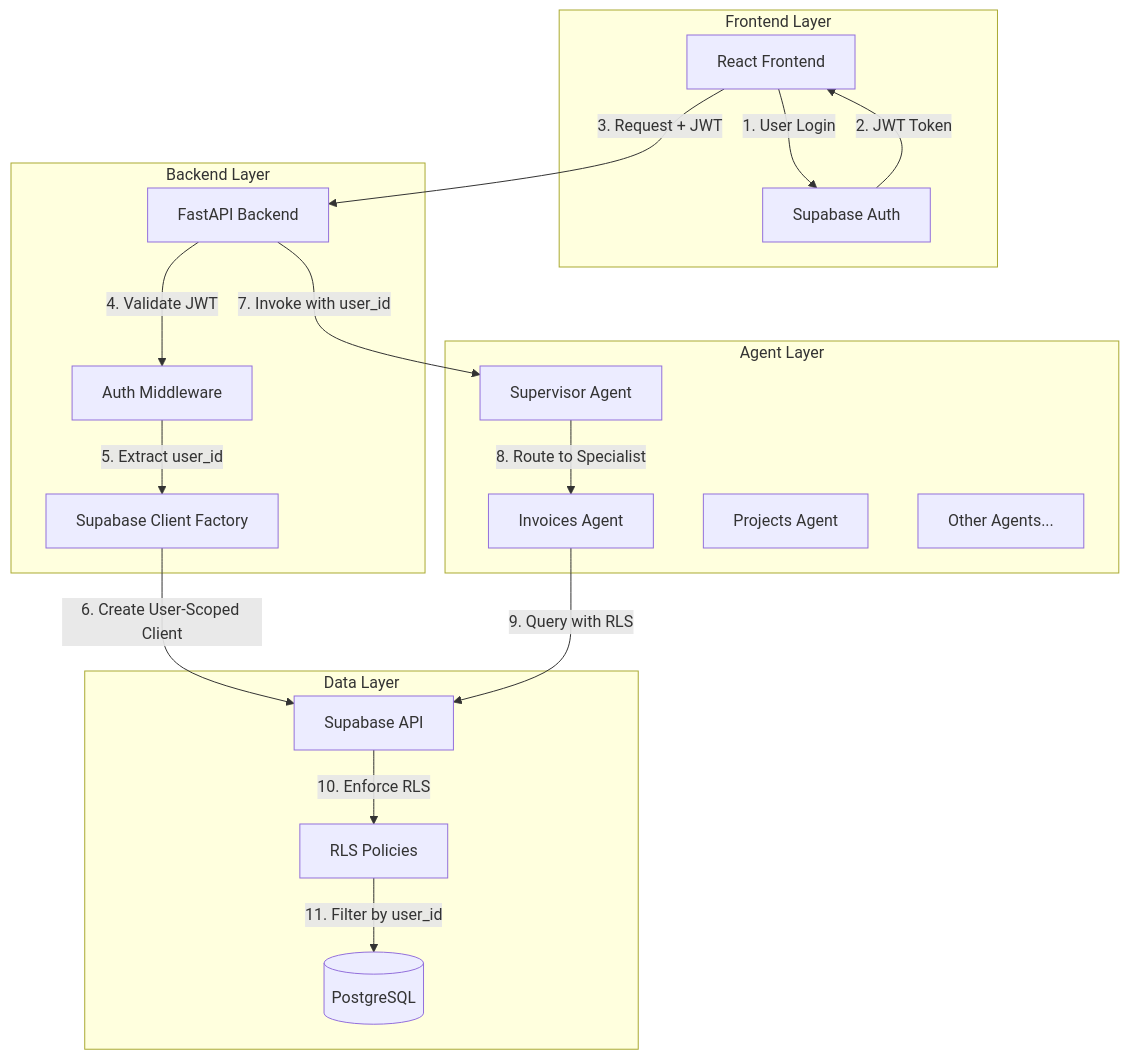
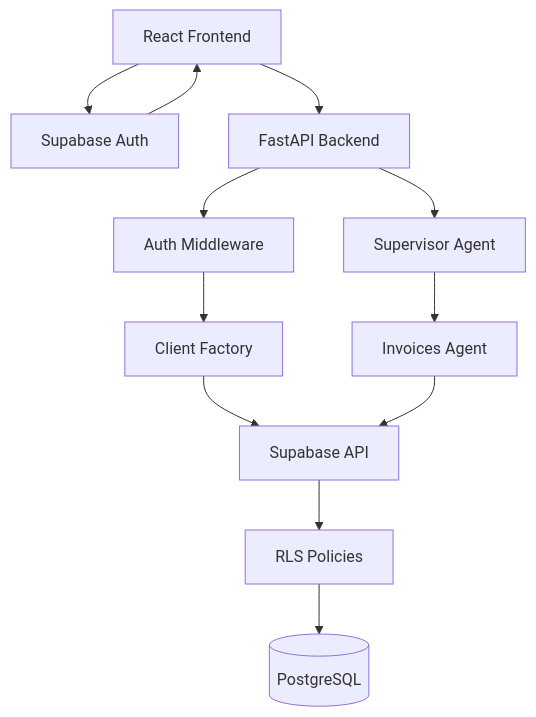
The diagram in .kiro/specs/production-security/design.md (ProgrammingPete/strands-multi-agent-system), drawn with Mermaid before and after one commit. The commit also changed other lines of this file and 10 other files, not shown here.

````diff
--- a/.kiro/specs/production-security/design.md
+++ b/.kiro/specs/production-security/design.md
@@ -51,38 +51,25 @@
 ```mermaid
-graph TB
-    subgraph "Frontend Layer"
-        FE[React Frontend]
-        AUTH[Supabase Auth]
-    end
-    
-    subgraph "Backend Layer"
-        API[FastAPI Backend]
-        MIDDLEWARE[Auth Middleware]
-        FACTORY[Supabase Client Factory]
-    end
-    
-    subgraph "Agent Layer"
-        SUPERVISOR[Supervisor Agent]
-        INV[Invoices Agent]
-        PROJ[Projects Agent]
-        OTHER[Other Agents...]
-    end
-    
-    subgraph "Data Layer"
-        SUPABASE[Supabase API]
-        RLS[RLS Policies]
-        DB[(PostgreSQL)]
-    end
-    
-    FE -->|1. User Login| AUTH
-    AUTH -->|2. JWT Token| FE
-    FE -->|3. Request + JWT| API
-    API -->|4. Validate JWT| MIDDLEWARE
-    MIDDLEWARE -->|5. Extract user_id| FACTORY
-    FACTORY -->|6. Create User-Scoped Client| SUPABASE
-    API -->|7. Invoke with user_id| SUPERVISOR
-    SUPERVISOR -->|8. Route to Specialist| INV
-    INV -->|9. Query with RLS| SUPABASE
-    SUPABASE -->|10. Enforce RLS| RLS
-    RLS -->|11. Filter by user_id| DB
+flowchart TB
+    FE[React Frontend]
+    AUTH[Supabase Auth]
+    API[FastAPI Backend]
+    MW[Auth Middleware]
+    CF[Client Factory]
+    SUP[Supervisor Agent]
+    INV[Invoices Agent]
+    SB[Supabase API]
+    RLS[RLS Policies]
+    DB[(PostgreSQL)]
+
+    FE --> AUTH
+    AUTH --> FE
+    FE --> API
+    API --> MW
+    MW --> CF
+    CF --> SB
+    API --> SUP
+    SUP --> INV
+    INV --> SB
+    SB --> RLS
+    RLS --> DB
 ```
````
